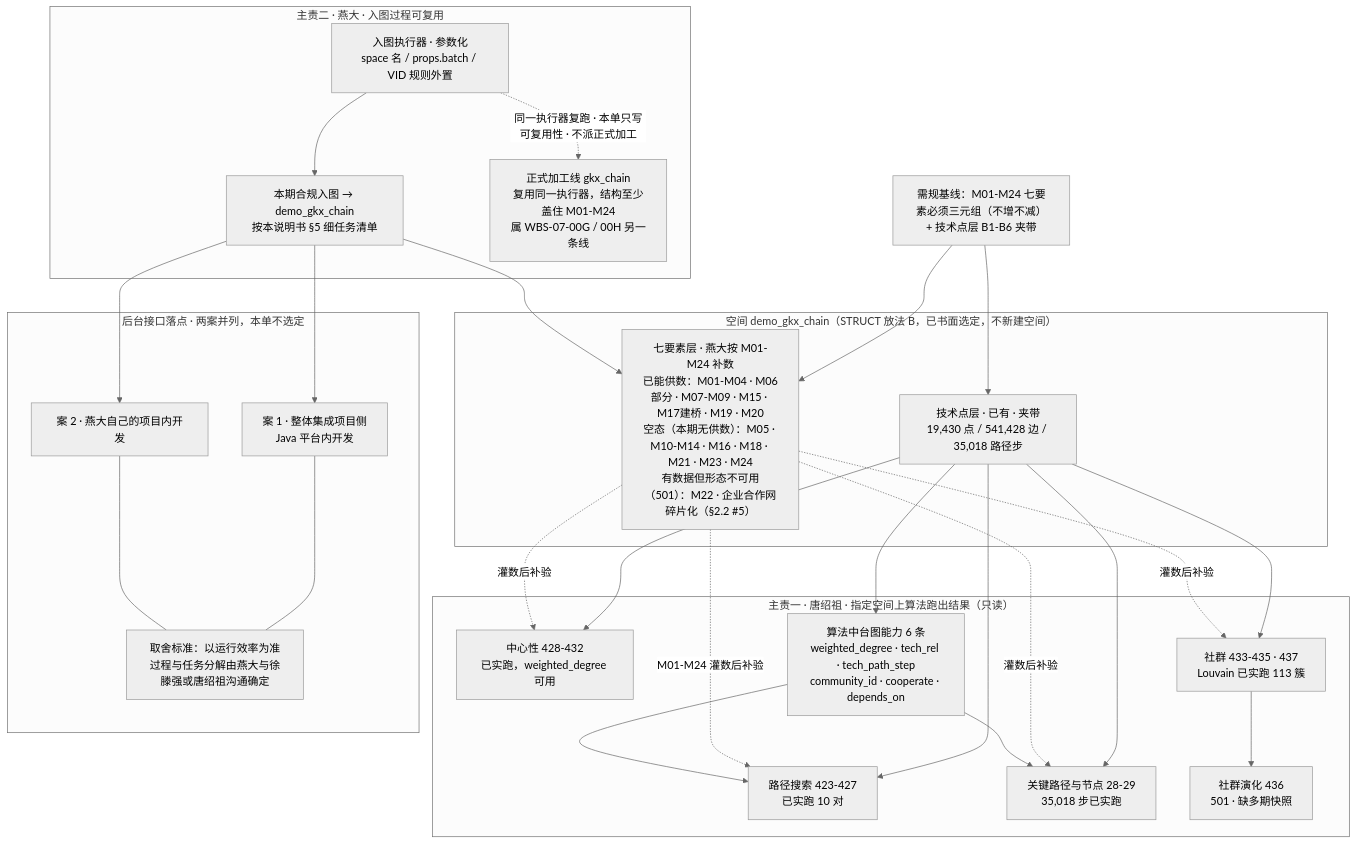
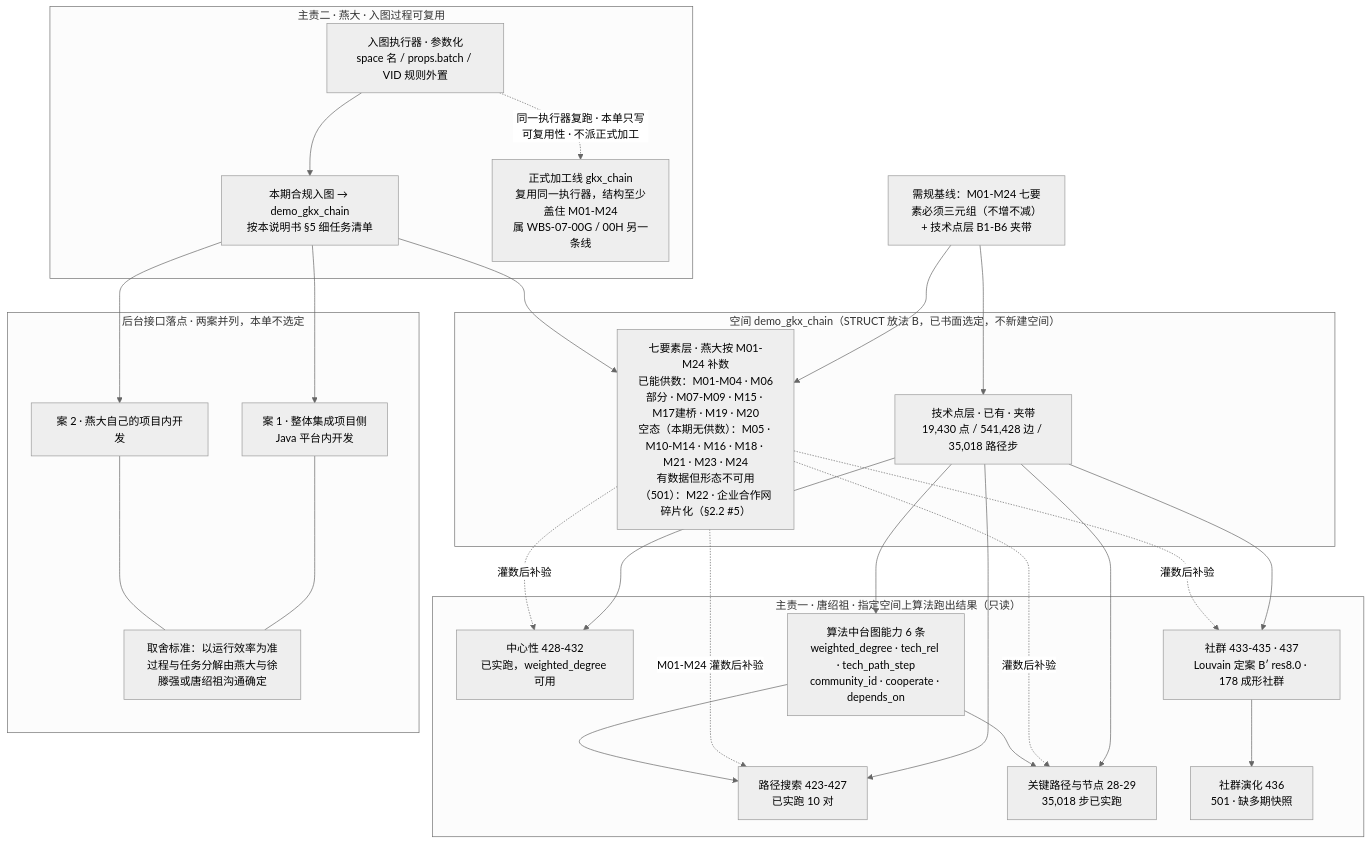
Before and after one commit to Marisolebxf/-: the diagram in agent-delivery/工程过程/04-系统集成/07-图数据库集成/KG-COMPLY-SDD-L01-详细设计说明书.md, drawn with Mermaid (neutral theme). The commit also changed other lines of this file, not shown here.

````diff
--- a/agent-delivery/工程过程/04-系统集成/07-图数据库集成/KG-COMPLY-SDD-L01-详细设计说明书.md
+++ b/agent-delivery/工程过程/04-系统集成/07-图数据库集成/KG-COMPLY-SDD-L01-详细设计说明书.md
@@ -35,52 +35,52 @@
 ```mermaid
 flowchart TB
     SRC["需规基线：M01-M24 七要素必须三元组（不增不减）+ 技术点层 B1-B6 夹带"]
 
     subgraph SPACE["空间 demo_gkx_chain（STRUCT 放法 B，已书面选定，不新建空间）"]
         TP["技术点层 · 已有 · 夹带\n19,430 点 / 541,428 边 / 35,018 路径步"]
         SEVEN["七要素层 · 燕大按 M01-M24 补数\n已能供数：M01-M04 · M06部分 · M07-M09 · M15 · M17建桥 · M19 · M20\n空态（本期无供数）：M05 · M10-M14 · M16 · M18 · M21 · M23 · M24\n有数据但形态不可用（501）：M22 · 企业合作网碎片化（§2.2 #5）"]
     end
 
     subgraph TANG["主责一 · 唐绍祖 · 指定空间上算法跑出结果（只读）"]
         A1["路径搜索 423-427\n已实跑 10 对"]
         A2["中心性 428-432\n已实跑，weighted_degree 可用"]
-        A3["社群 433-435 · 437\nLouvain 已实跑 113 簇"]
+        A3["社群 433-435 · 437\nLouvain 定案 B′ res8.0 · 178 成形社群"]
         A4["关键路径与节点 28-29\n35,018 步已实跑"]
         A5["社群演化 436\n501 · 缺多期快照"]
         AM["算法中台图能力 6 条\nweighted_degree · tech_rel · tech_path_step\ncommunity_id · cooperate · depends_on"]
     end
 
     subgraph LOAD["主责二 · 燕大 · 入图过程可复用"]
         L1["入图执行器 · 参数化\nspace 名 / props.batch / VID 规则外置"]
         L2["本期合规入图 → demo_gkx_chain\n按本说明书 §5 细任务清单"]
         L3["正式加工线 gkx_chain\n复用同一执行器，结构至少盖住 M01-M24\n属 WBS-07-00G / 00H 另一条线"]
     end
 
     subgraph API["后台接口落点 · 两案并列，本单不选定"]
         C1["案 1 · 整体集成项目侧\nJava 平台内开发"]
         C2["案 2 · 燕大自己的项目内开发"]
         DEC["取舍标准：以运行效率为准\n过程与任务分解由燕大与徐滕强或唐绍祖沟通确定"]
     end
 
     SRC --> SEVEN
     SRC --> TP
     L1 --> L2
     L2 --> SEVEN
     L1 -.->|"同一执行器复跑 · 本单只写可复用性 · 不派正式加工"| L3
     TP --> A1
     TP --> A2
     TP --> A3
     TP --> A4
     TP --> AM
     SEVEN -.->|"M01-M24 灌数后补验"| A1
     SEVEN -.->|"灌数后补验"| A2
     SEVEN -.->|"灌数后补验"| A3
     SEVEN -.->|"灌数后补验"| A4
     A3 --> A5
     AM --> A1
     AM --> A4
     L2 --> C1
     L2 --> C2
     C1 --- DEC
     C2 --- DEC
 ```
````
